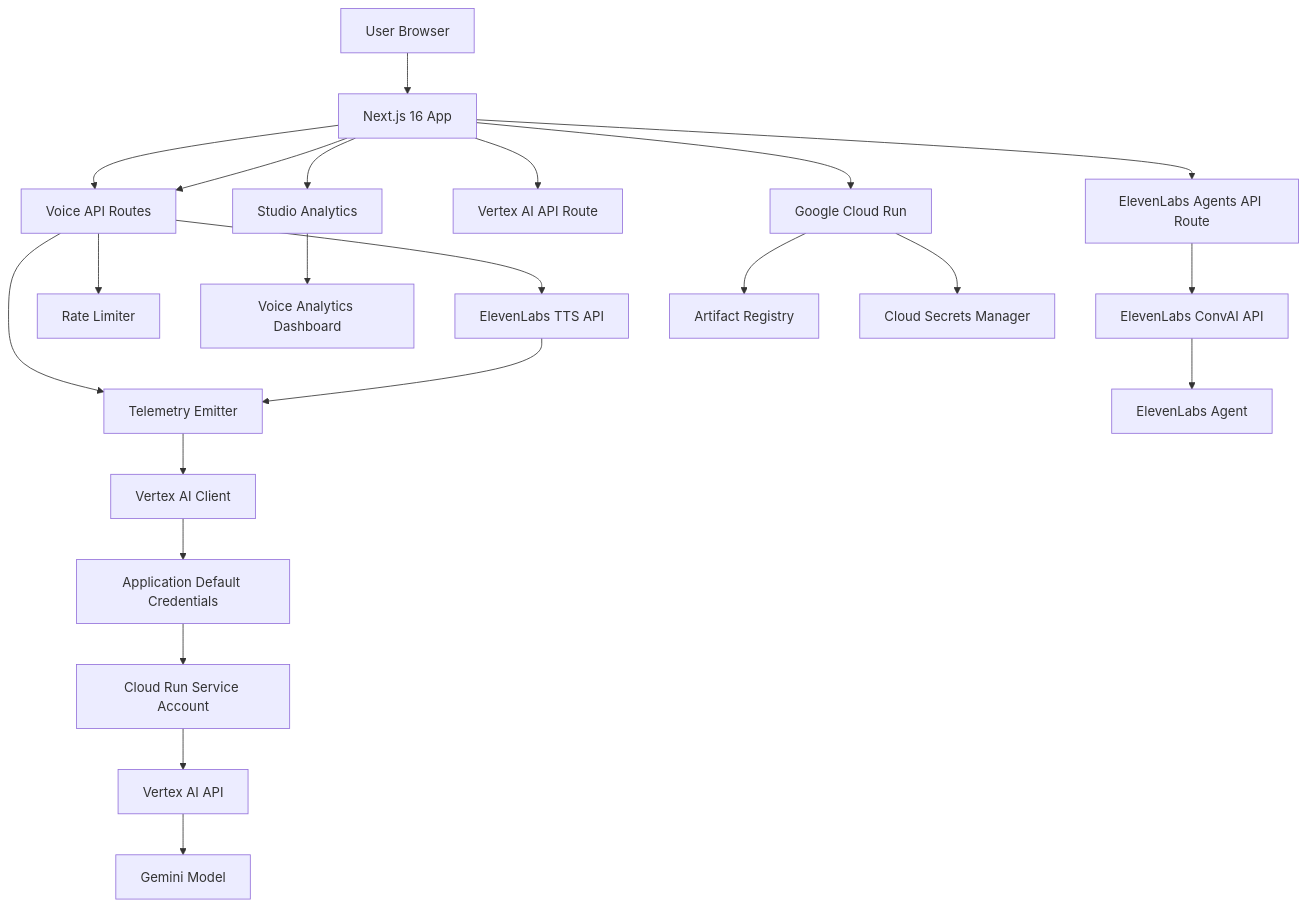
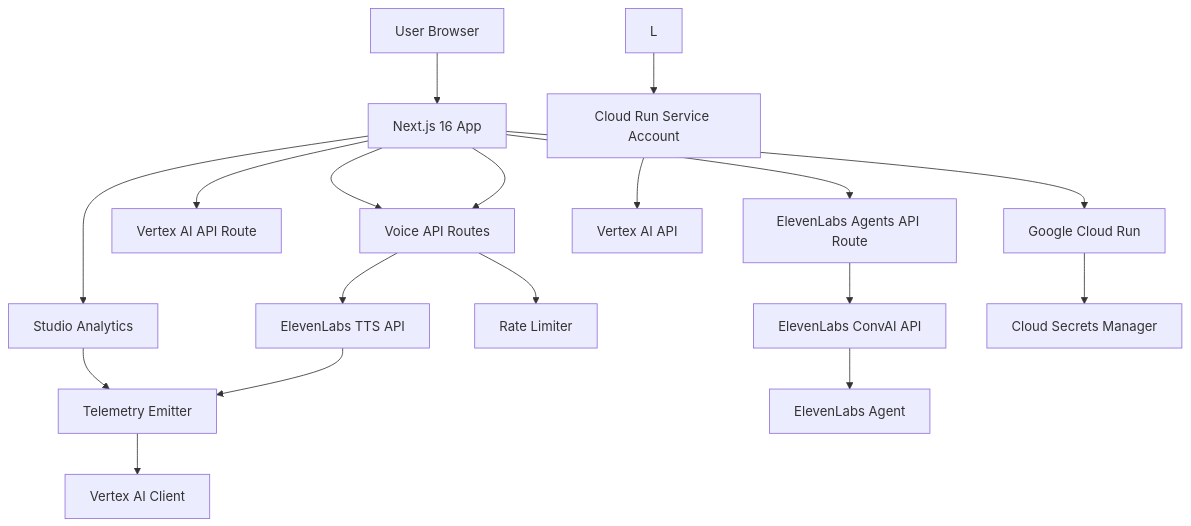
Before and after one commit to sofus-deng/lessonarcade: the diagram in README.md, drawn with Mermaid. The commit also changed other lines of this file and 15 other files, not shown here.

````diff
--- a/README.md
+++ b/README.md
@@ -407,23 +418,19 @@
 ```mermaid
 graph TB
     A[User Browser] --> B[Next.js 16 App]
     B --> C[Voice API Routes]
     B --> D[Studio Analytics]
     B --> E[Vertex AI API Route]
     B --> F[ElevenLabs Agents API Route]
     B --> C --> G[ElevenLabs TTS API]
     C --> H[Rate Limiter]
-    C --> I[Telemetry Emitter]
-    D --> J[Voice Analytics Dashboard]
+    D --> I[Telemetry Emitter]
     G --> I
     I --> K[Vertex AI Client]
-    K --> L[Application Default Credentials]
     L --> M[Cloud Run Service Account]
     M --> N[Vertex AI API]
-    N --> O[Gemini Model]
     F --> P[ElevenLabs ConvAI API]
     P --> Q[ElevenLabs Agent]
     B --> R[Google Cloud Run]
-    R --> S[Artifact Registry]
     R --> T[Cloud Secrets Manager]
 ```
````
